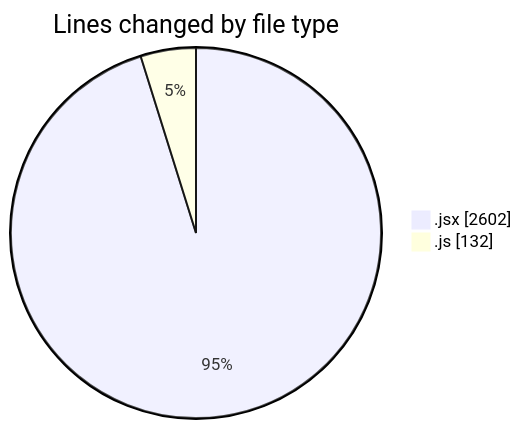
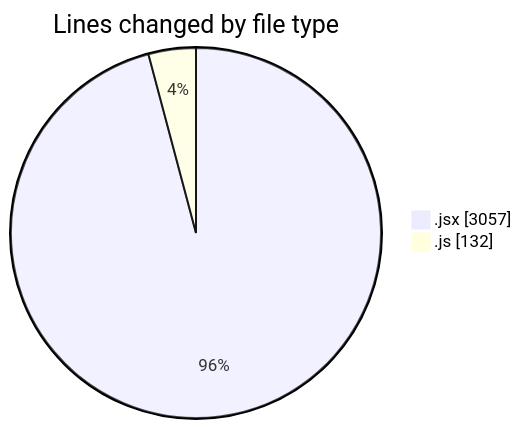
One commit to nxtqubesakshisongat/code-tracking changed the first of 2 diagrams in 2025-08-03/nxtqube_webapp/README.md. Above: the diagram before and after it, drawn with Mermaid. The commit also changed other lines of this file and 1 other file, not shown here.

````diff
--- a/2025-08-03/nxtqube_webapp/README.md
+++ b/2025-08-03/nxtqube_webapp/README.md
@@ -26,6 +27,6 @@
 ```mermaid
 pie showData
 title Lines changed by file type
-".jsx" : 2602
+".jsx" : 3057
 ".js" : 132
 ```
````
